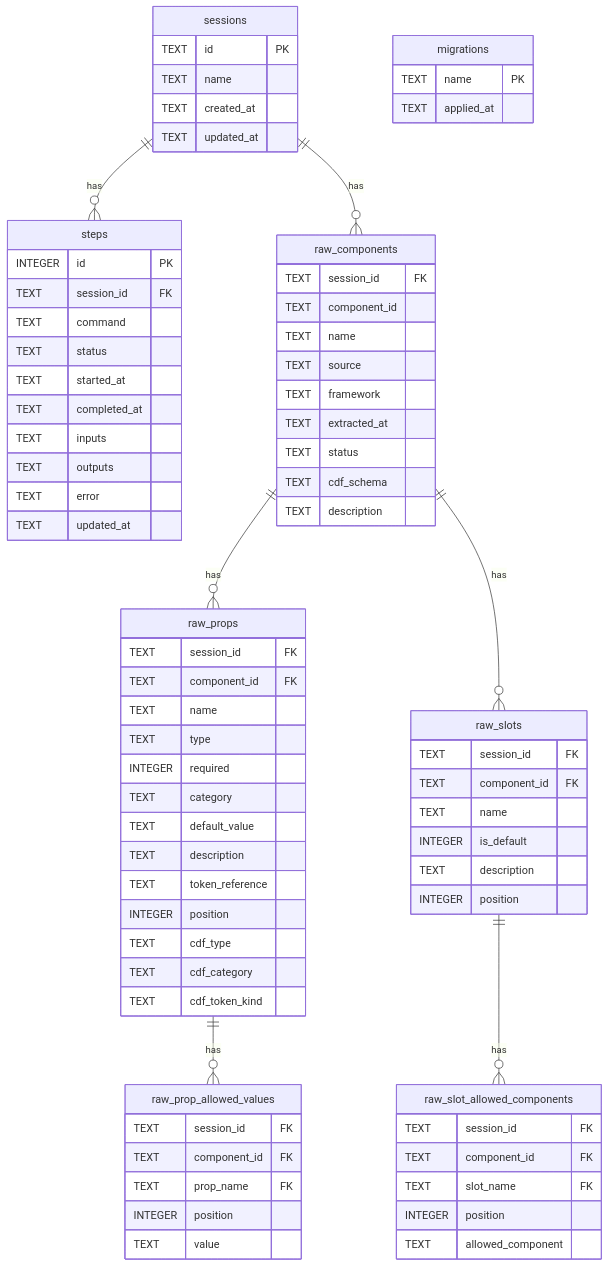
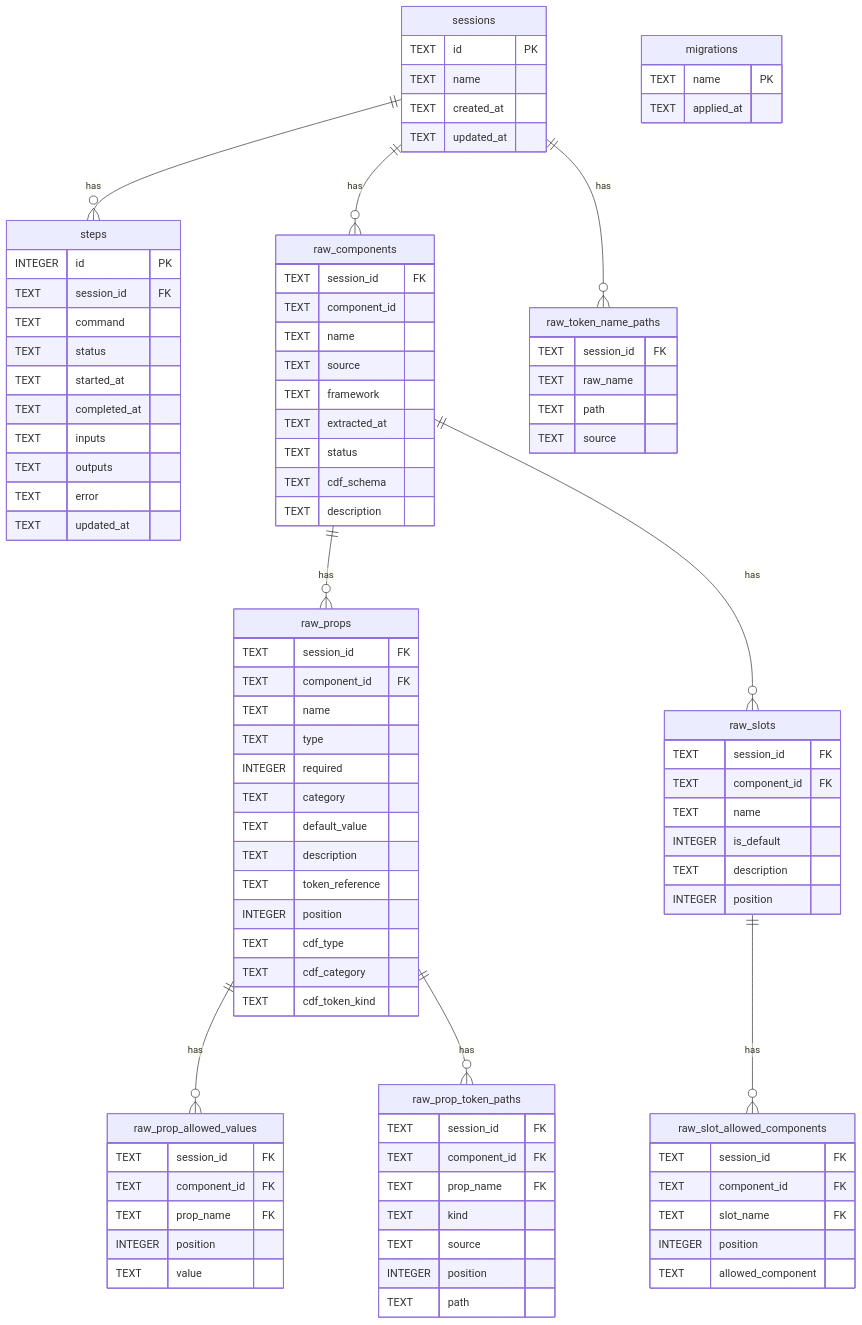
One commit to contentful/experience-design-system-sdk-public changed the first of 3 diagrams in ARCHITECTURE.md. Above: the diagram before and after it, drawn with Mermaid. The commit also changed other lines of this file and 1 other file, not shown here.

Commit message:
docs: update map-tokens architecture docs

````diff
--- a/ARCHITECTURE.md
+++ b/ARCHITECTURE.md
@@ -234,6 +238,23 @@
         TEXT value
     }
 
+    raw_prop_token_paths {
+        TEXT session_id FK
+        TEXT component_id FK
+        TEXT prop_name FK
+        TEXT kind
+        TEXT source
+        INTEGER position
+        TEXT path
+    }
+
+    raw_token_name_paths {
+        TEXT session_id FK
+        TEXT raw_name
+        TEXT path
+        TEXT source
+    }
+
     raw_slots {
         TEXT session_id FK
         TEXT component_id FK
@@ -261,5 +282,7 @@
     raw_components ||--o{ raw_props : "has"
     raw_components ||--o{ raw_slots : "has"
     raw_props ||--o{ raw_prop_allowed_values : "has"
+    raw_props ||--o{ raw_prop_token_paths : "has"
+    sessions ||--o{ raw_token_name_paths : "has"
     raw_slots ||--o{ raw_slot_allowed_components : "has"
 ```
````
